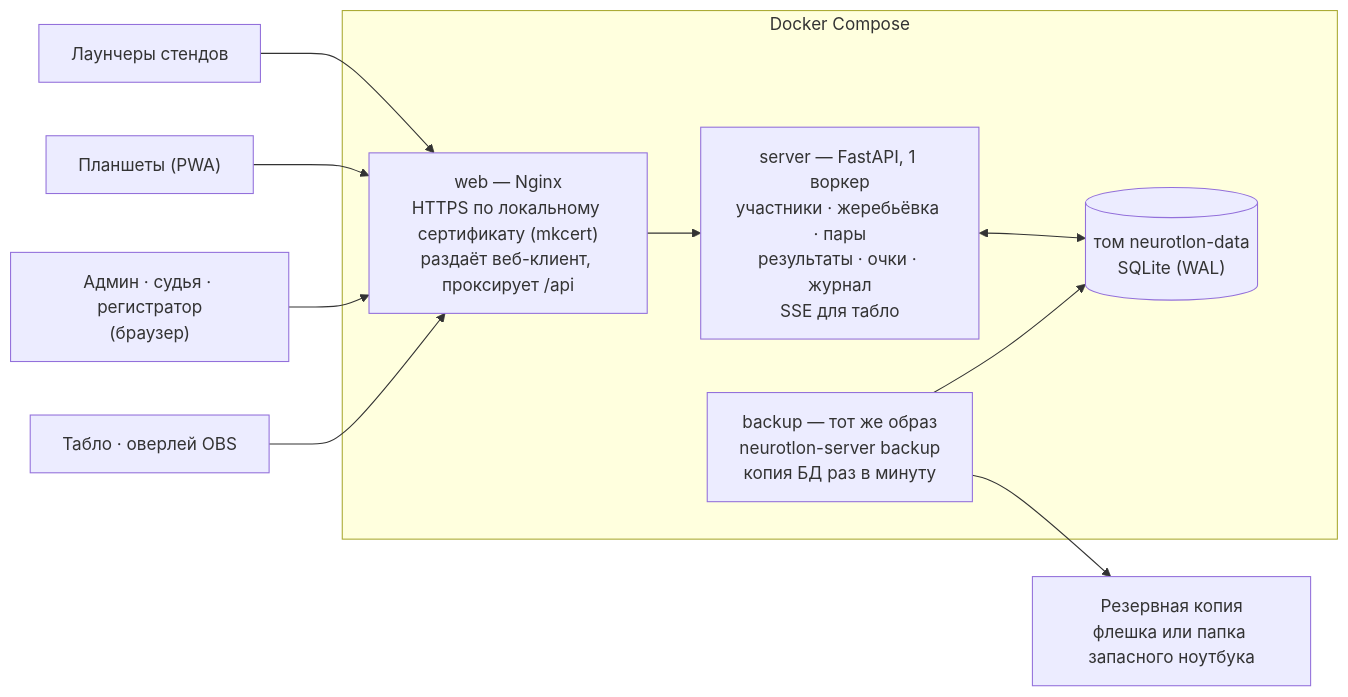
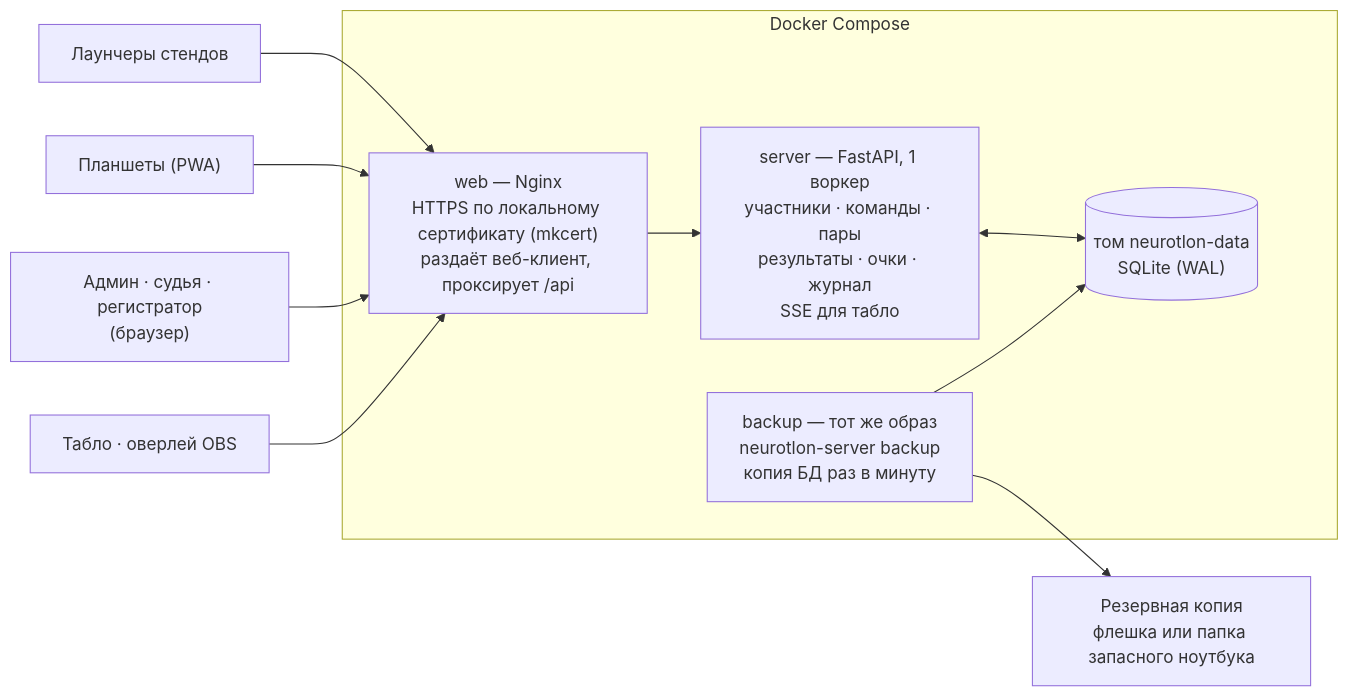
One commit to L0GIN0UT/Neurotlon changed the second of 9 diagrams in docs/architecture.md. Above: the diagram before and after it, drawn with Mermaid. The commit also changed other lines of this file and 5 other files, not shown here.

````diff
--- a/docs/architecture.md
+++ b/docs/architecture.md
@@ -40,14 +40,14 @@
 ```mermaid
 flowchart LR
     L["Лаунчеры стендов"] --> N
     T["Планшеты (PWA)"] --> N
     U["Админ · судья · регистратор<br/>(браузер)"] --> N
     B["Табло · оверлей OBS"] --> N
     subgraph Compose["Docker Compose"]
         N["web — Nginx<br/>HTTPS по локальному сертификату (mkcert)<br/>раздаёт веб-клиент, проксирует /api"]
-        N --> A["server — FastAPI, 1 воркер<br/>участники · жеребьёвка · пары<br/>результаты · очки · журнал<br/>SSE для табло"]
+        N --> A["server — FastAPI, 1 воркер<br/>участники · команды · пары<br/>результаты · очки · журнал<br/>SSE для табло"]
         A <--> DB[("том neurotlon-data<br/>SQLite (WAL)")]
         K["backup — тот же образ<br/>neurotlon-server backup<br/>копия БД раз в минуту"] --> DB
     end
     K --> R["Резервная копия<br/>флешка или папка запасного ноутбука"]
 ```
````
